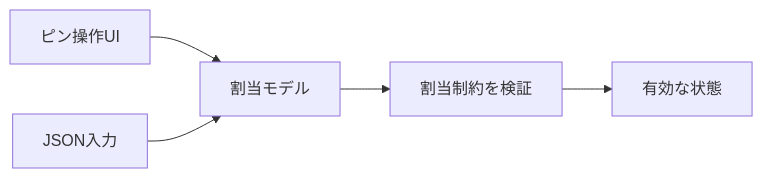
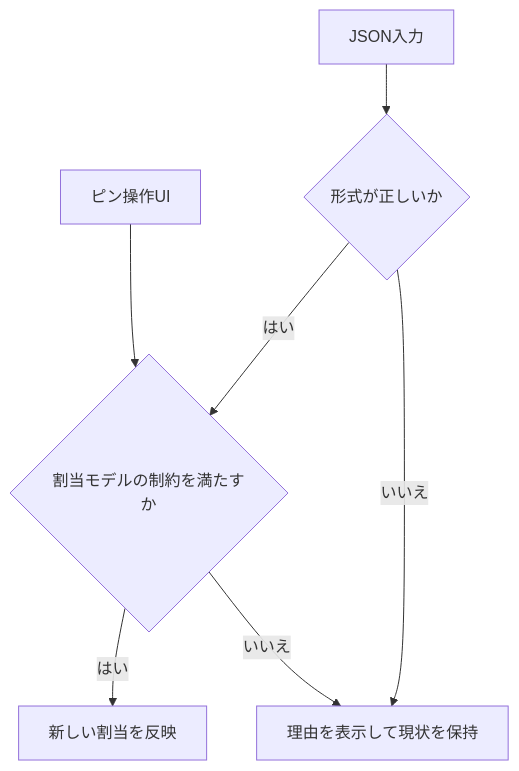
The diagram in src/content/posts/robotics/stm32-pin-planner-validation.md (kurosiko/trail), drawn with Mermaid before and after one commit. The commit also changed other lines of this file and 67 other files, not shown here.

````diff
--- a/src/content/posts/robotics/stm32-pin-planner-validation.md
+++ b/src/content/posts/robotics/stm32-pin-planner-validation.md
@@ -21,7 +19,10 @@
 ```mermaid
-flowchart LR
-  UI[ピン操作UI] --> Model[割当モデル]
-  JSON[JSON入力] --> Model
-  Model --> Check[割当制約を検証]
-  Check --> State[有効な状態]
+flowchart TD
+  accTitle: ピン割当を検査してから新しい状態を反映
+  UI[ピン操作UI] --> Check{割当モデルの制約を満たすか}
+  JSON[JSON入力] --> Parse{形式が正しいか}
+  Parse -->|はい| Check
+  Parse -->|いいえ| Reject[理由を表示して現状を保持]
+  Check -->|はい| State[新しい割当を反映]
+  Check -->|いいえ| Reject
 ```
````
